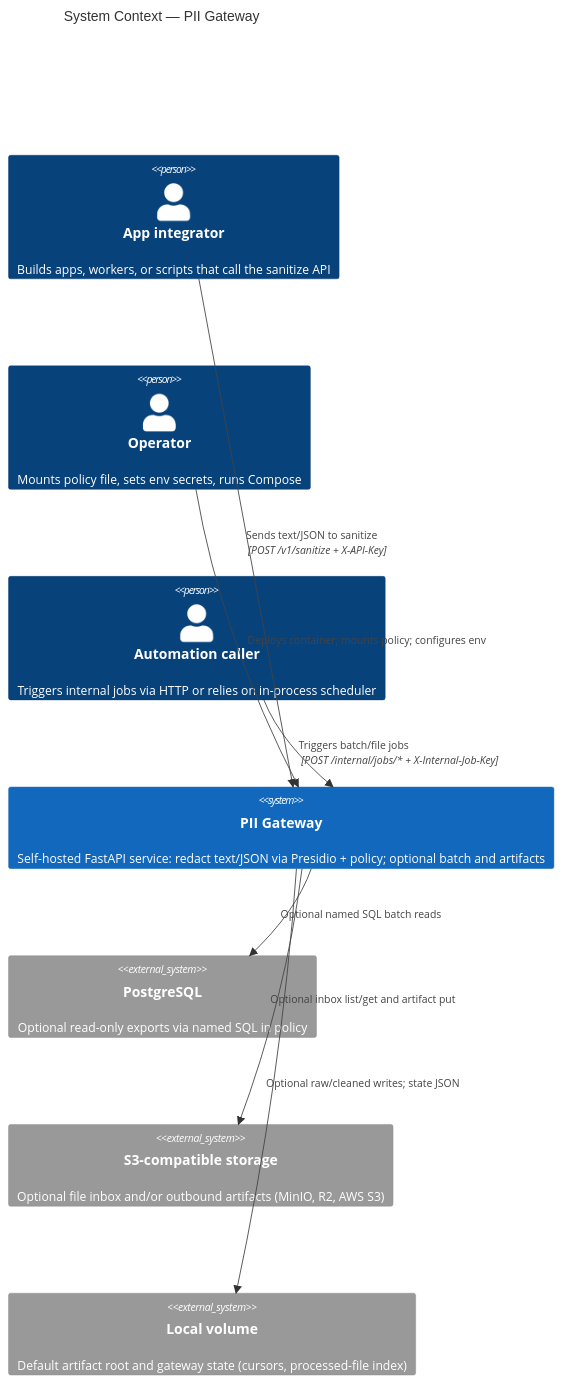
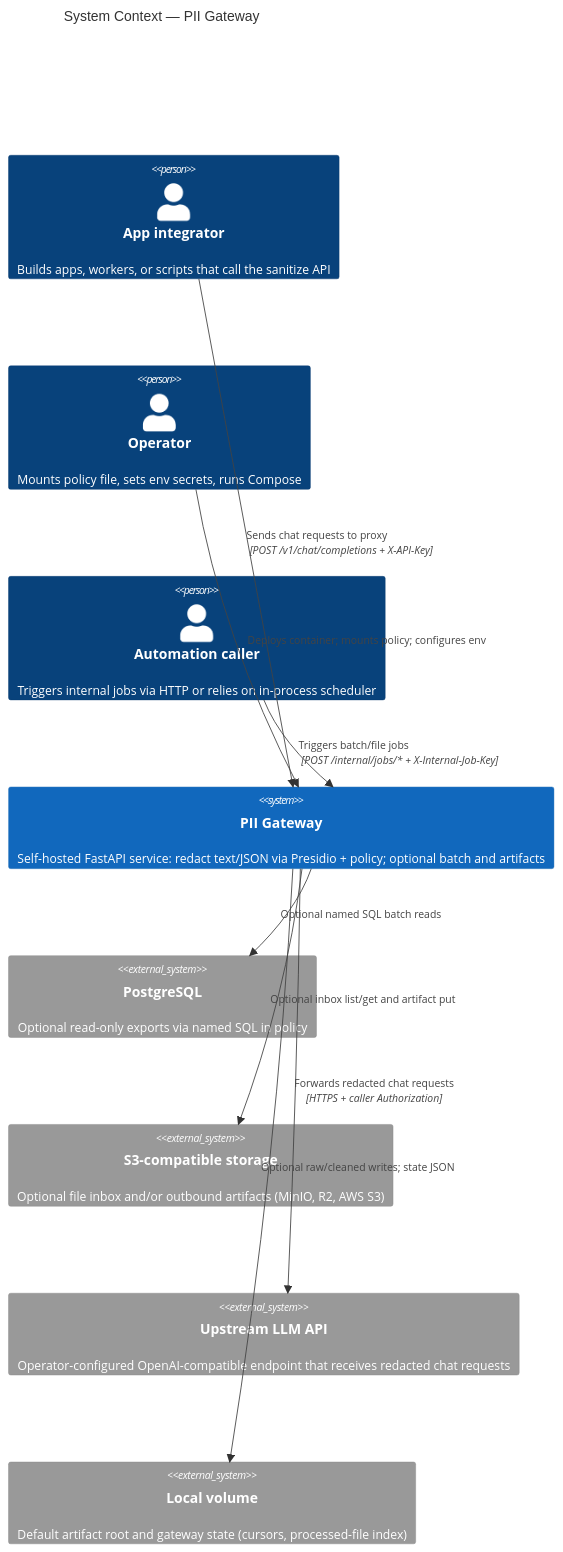
Before and after one commit to aryanjohari/pii-gateway: the diagram in docs/c4/1-context.mmd, drawn with Mermaid. The commit also changed 10 other files, not shown here.

First line of the commit message:
Step 4.7: document the LLM proxy and measure the latency it adds

```diff
--- a/docs/c4/1-context.mmd
+++ b/docs/c4/1-context.mmd
@@ -1,39 +1,44 @@
 %% C1 System Context — PII Gateway
 %% Evidence: src/pii_gateway/main.py, docker-compose*.yml, settings.py, routes_*.py
 %% View: https://mermaid.live
 
 C4Context
   title System Context — PII Gateway
 
   Person(integrator, "App integrator", "Builds apps, workers, or scripts that call the sanitize API")
   Person(operator, "Operator", "Mounts policy file, sets env secrets, runs Compose")
   Person(automator, "Automation caller", "Triggers internal jobs via HTTP or relies on in-process scheduler")
 
   System(gw, "PII Gateway", "Self-hosted FastAPI service: redact text/JSON via Presidio + policy; optional batch and artifacts")
 
   System_Ext(postgres, "PostgreSQL", "Optional read-only exports via named SQL in policy")
   System_Ext(s3, "S3-compatible storage", "Optional file inbox and/or outbound artifacts (MinIO, R2, AWS S3)")
+  System_Ext(llm, "Upstream LLM API", "Operator-configured OpenAI-compatible endpoint that receives redacted chat requests")
   System_Ext(disk, "Local volume", "Default artifact root and gateway state (cursors, processed-file index)")
 
   Rel(integrator, gw, "Sends text/JSON to sanitize", "POST /v1/sanitize + X-API-Key")
   Rel(automator, gw, "Triggers batch/file jobs", "POST /internal/jobs/* + X-Internal-Job-Key")
   Rel(operator, gw, "Deploys container; mounts policy; configures env")
   Rel(gw, postgres, "Optional named SQL batch reads")
   Rel(gw, s3, "Optional inbox list/get and artifact put")
+  Rel(integrator, gw, "Sends chat requests to proxy", "POST /v1/chat/completions + X-API-Key")
+  Rel(gw, llm, "Forwards redacted chat requests", "HTTPS + caller Authorization")
   Rel(gw, disk, "Optional raw/cleaned writes; state JSON")
 
 %% --- Flowchart equivalent (uncomment if C4Context unsupported) ---
 %% flowchart LR
 %%   integrator[App integrator]
 %%   operator[Operator]
 %%   automator[Automation caller]
 %%   gw[PII Gateway]
 %%   postgres[(PostgreSQL)]
 %%   s3[(S3-compatible)]
 %%   disk[(Local volume)]
+%%   llm[Upstream LLM API]
+%%   gw -->|redacted chat request| llm
 %%   integrator -->|POST /v1/sanitize| gw
 %%   automator -->|POST /internal/jobs/*| gw
 %%   operator -->|deploy + policy + env| gw
 %%   gw -.->|named SQL| postgres
 %%   gw -.->|inbox / artifacts| s3
 %%   gw -->|artifacts + state| disk
```
